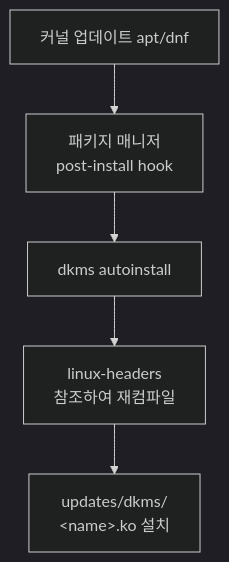
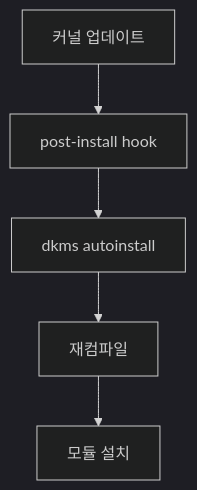
One commit to moonblueblue/devops-wiki changed the second of 2 diagrams in content/linux/boot-init/kernel-modules.md. Above: the diagram before and after it, drawn with Mermaid (dark theme). The commit also changed other lines of this file and 37 other files, not shown here.

First line of the commit message:
style: linux 카테고리 ASCII 도표·Mermaid 라벨 형식 교정

````diff
--- a/content/linux/boot-init/kernel-modules.md
+++ b/content/linux/boot-init/kernel-modules.md
@@ -339,10 +349,10 @@
 ```mermaid
 graph TD
-    A[커널 업데이트 apt/dnf]
-    B["패키지 매니저\npost-install hook"]
+    A[커널 업데이트]
+    B[post-install hook]
     C[dkms autoinstall]
-    D["linux-headers\n참조하여 재컴파일"]
-    E["updates/dkms/\n&lt;name&gt;.ko 설치"]
+    D[재컴파일]
+    E[모듈 설치]
 
     A --> B --> C --> D --> E
 ```
````
